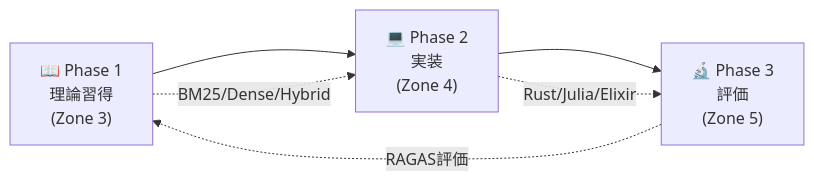
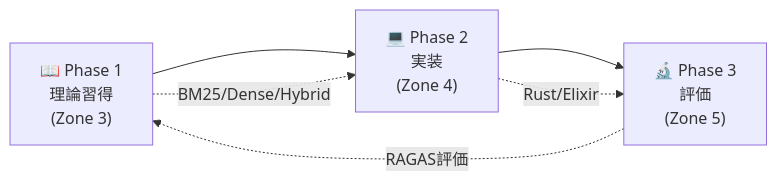
One commit to fumishiki/zenn changed the fifth of 5 diagrams in articles/ml-lecture-29-part1.md. Above: the diagram before and after it, drawn with Mermaid. The commit also changed other lines of this file and 97 other files, not shown here.

````diff
--- a/articles/ml-lecture-29-part1.md
+++ b/articles/ml-lecture-29-part1.md
@@ -397,8 +411,8 @@
 ```mermaid
 graph LR
     P1["📖 Phase 1<br/>理論習得<br/>(Zone 3)"] --> P2["💻 Phase 2<br/>実装<br/>(Zone 4)"]
     P2 --> P3["🔬 Phase 3<br/>評価<br/>(Zone 5)"]
     P1 -.BM25/Dense/Hybrid.-> P2
-    P2 -.Rust/Julia/Elixir.-> P3
+    P2 -.Rust/Elixir.-> P3
     P3 -.RAGAS評価.-> P1
 ```
````
